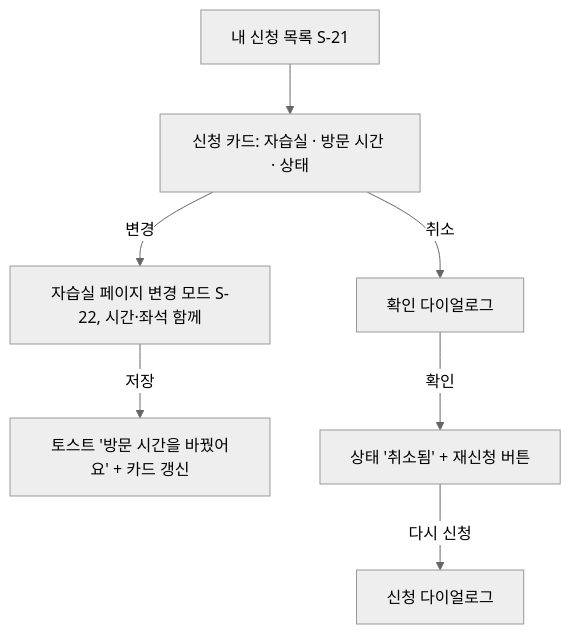
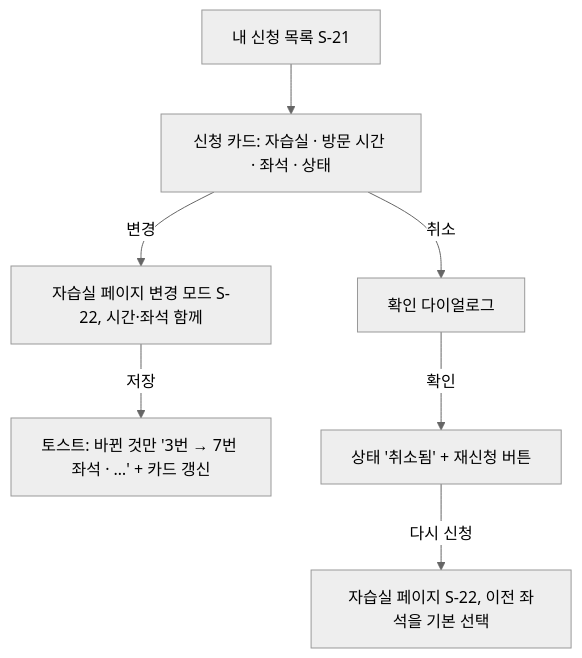
One commit to JungMINI-developer/hiconsy-task changed the fourth of 4 diagrams in apps/web/docs/user-flows.md. Above: the diagram before and after it, drawn with Mermaid (neutral theme). The commit also changed other lines of this file and 8 other files, not shown here.

````diff
--- a/apps/web/docs/user-flows.md
+++ b/apps/web/docs/user-flows.md
@@ -61,8 +64,8 @@
 ```mermaid
 flowchart TD
-  M[내 신청 목록 S-21] --> I[신청 카드: 자습실 · 방문 시간 · 상태]
+  M[내 신청 목록 S-21] --> I[신청 카드: 자습실 · 방문 시간 · 좌석 · 상태]
   I -->|변경| E[자습실 페이지 변경 모드 S-22, 시간·좌석 함께]
-  E -->|저장| U[토스트 '방문 시간을 바꿨어요' + 카드 갱신]
+  E -->|저장| U[토스트: 바뀐 것만 '3번 → 7번 좌석 · …' + 카드 갱신]
   I -->|취소| X[확인 다이얼로그] -->|확인| C[상태 '취소됨' + 재신청 버튼]
-  C -->|다시 신청| E2[신청 다이얼로그]
+  C -->|다시 신청| E2[자습실 페이지 S-22, 이전 좌석을 기본 선택]
 ```
````
